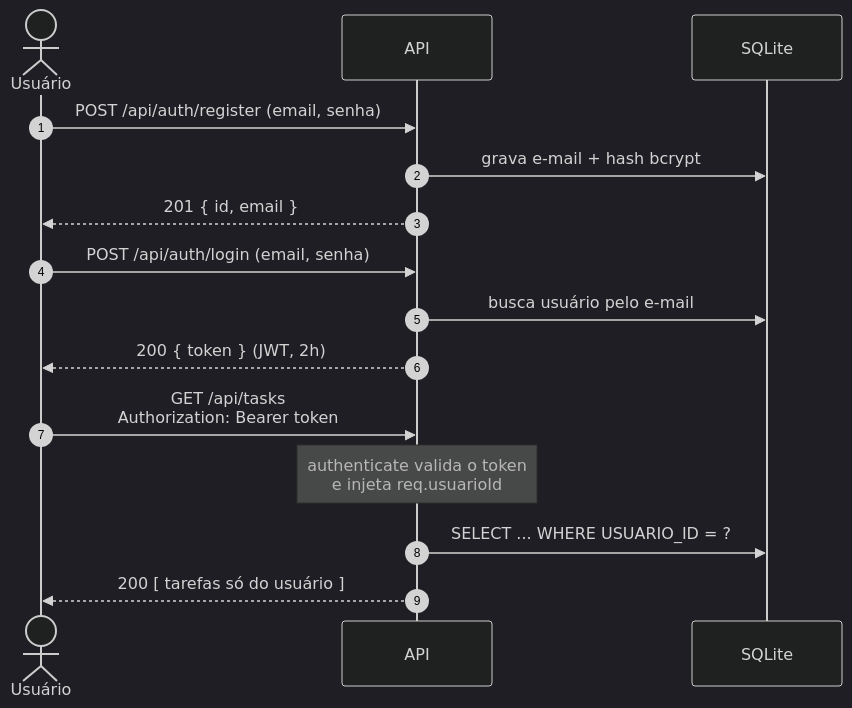
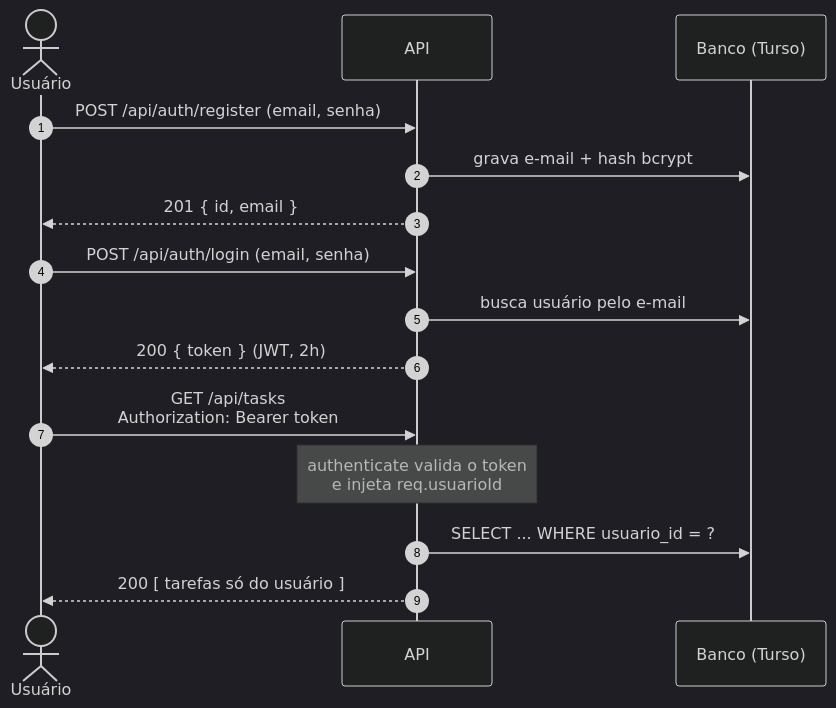
The second of 3 diagrams in README.md (BlankSenai/DSW-repo), drawn with Mermaid (dark theme) before and after one commit. The commit also changed other lines of this file and 4 other files, not shown here.

````diff
--- a/README.md
+++ b/README.md
@@ -109,20 +162,20 @@
 ```mermaid
 sequenceDiagram
     autonumber
     actor U as Usuário
     participant A as API
-    participant DB as SQLite
+    participant DB as Banco (Turso)
 
     U->>A: POST /api/auth/register (email, senha)
     A->>DB: grava e-mail + hash bcrypt
     A-->>U: 201 { id, email }
 
     U->>A: POST /api/auth/login (email, senha)
     A->>DB: busca usuário pelo e-mail
     A-->>U: 200 { token } (JWT, 2h)
 
     U->>A: GET /api/tasks<br/>Authorization: Bearer token
     Note over A: authenticate valida o token<br/>e injeta req.usuarioId
-    A->>DB: SELECT ... WHERE USUARIO_ID = ?
+    A->>DB: SELECT ... WHERE usuario_id = ?
     A-->>U: 200 [ tarefas só do usuário ]
 ```
````
